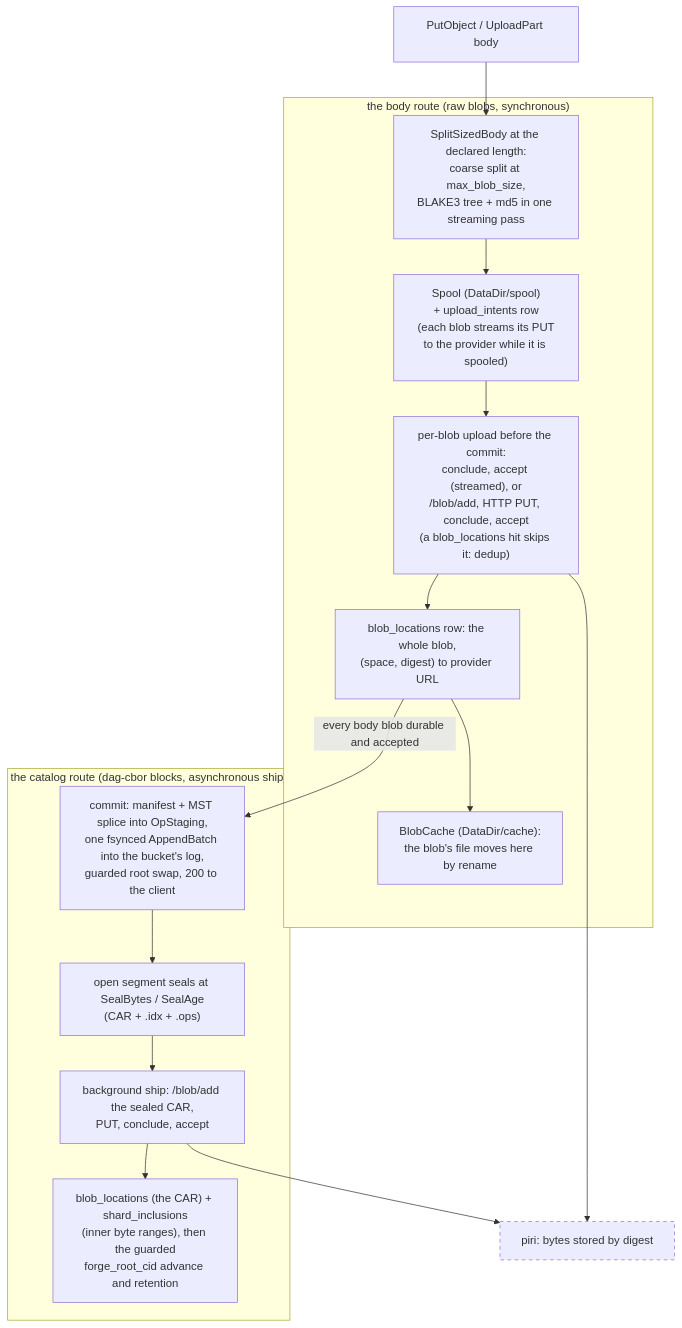
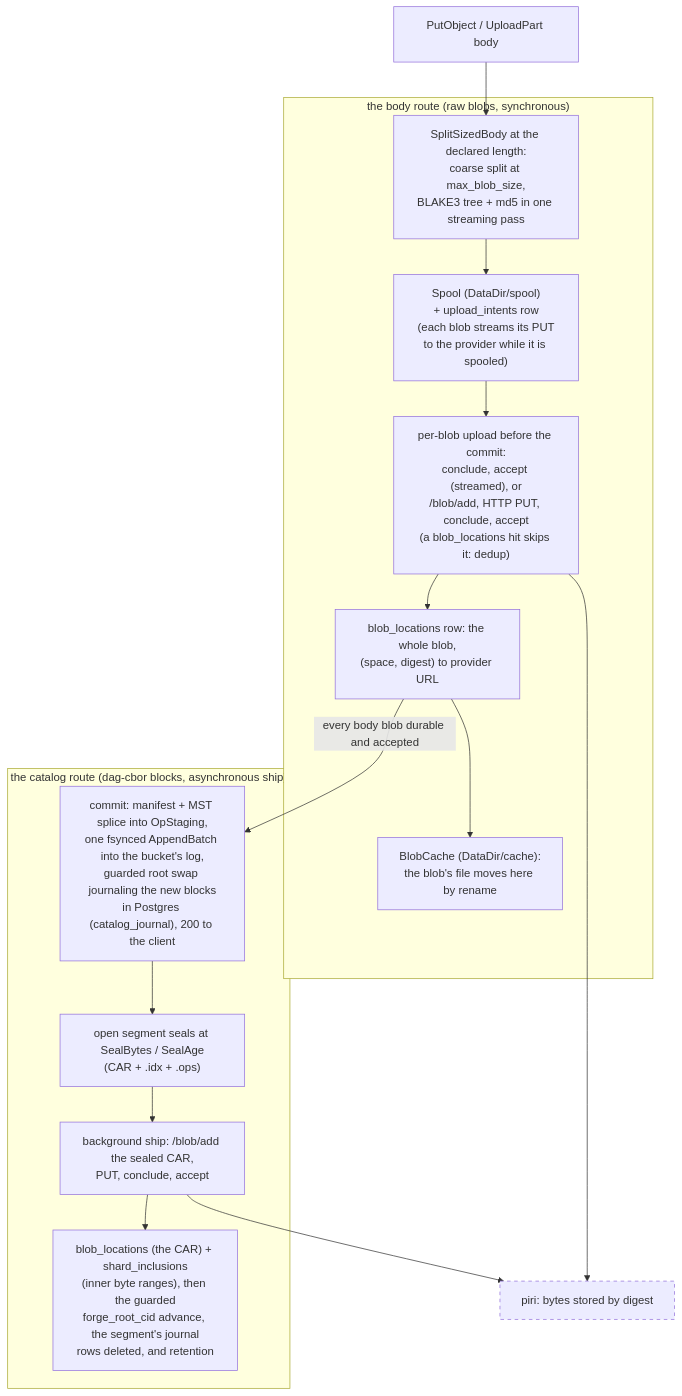
One commit to fil-forge/ingot changed the third of 15 diagrams in docs/diagrams.md. Above: the diagram before and after it, drawn with Mermaid. The commit also changed other lines of this file and 29 other files, not shown here.

First line of the commit message:
Journal each commit's catalog blocks in Postgres until their segment ships (#303)

````diff
--- a/docs/diagrams.md
+++ b/docs/diagrams.md
@@ -175,31 +175,31 @@
 ```mermaid
 flowchart TB
     put["PutObject / UploadPart body"]
 
     subgraph bodyr["the body route (raw blobs, synchronous)"]
         split["SplitSizedBody at the declared length:<br/>coarse split at max_blob_size,<br/>BLAKE3 tree + md5 in one streaming pass"]
         spool["Spool (DataDir/spool)<br/>+ upload_intents row<br/>(each blob streams its PUT<br/>to the provider while it is spooled)"]
         upload["per-blob upload before the commit:<br/>conclude, accept (streamed), or<br/>/blob/add, HTTP PUT, conclude, accept<br/>(a blob_locations hit skips it: dedup)"]
         bloc["blob_locations row: the whole blob,<br/>(space, digest) to provider URL"]
         cache["BlobCache (DataDir/cache):<br/>the blob's file moves here by rename"]
         split --> spool --> upload --> bloc --> cache
     end
 
     subgraph catr["the catalog route (dag-cbor blocks, asynchronous ship)"]
-        commit["commit: manifest + MST splice into OpStaging,<br/>one fsynced AppendBatch into the bucket's log,<br/>guarded root swap, 200 to the client"]
+        commit["commit: manifest + MST splice into OpStaging,<br/>one fsynced AppendBatch into the bucket's log,<br/>guarded root swap journaling the new blocks<br/>in Postgres (catalog_journal), 200 to the client"]
         seal["open segment seals at SealBytes / SealAge<br/>(CAR + .idx + .ops)"]
         ship["background ship: /blob/add the sealed CAR,<br/>PUT, conclude, accept"]
-        incl["blob_locations (the CAR) + shard_inclusions<br/>(inner byte ranges), then the guarded<br/>forge_root_cid advance and retention"]
+        incl["blob_locations (the CAR) + shard_inclusions<br/>(inner byte ranges), then the guarded<br/>forge_root_cid advance, the segment's journal<br/>rows deleted, and retention"]
         commit --> seal --> ship --> incl
     end
 
     piri["piri: bytes stored by digest"]
 
     put --> split
     bloc -->|"every body blob durable and accepted"| commit
     upload --> piri
     ship --> piri
 
     classDef external stroke-dasharray: 5 5
     class piri external
 ```
````
